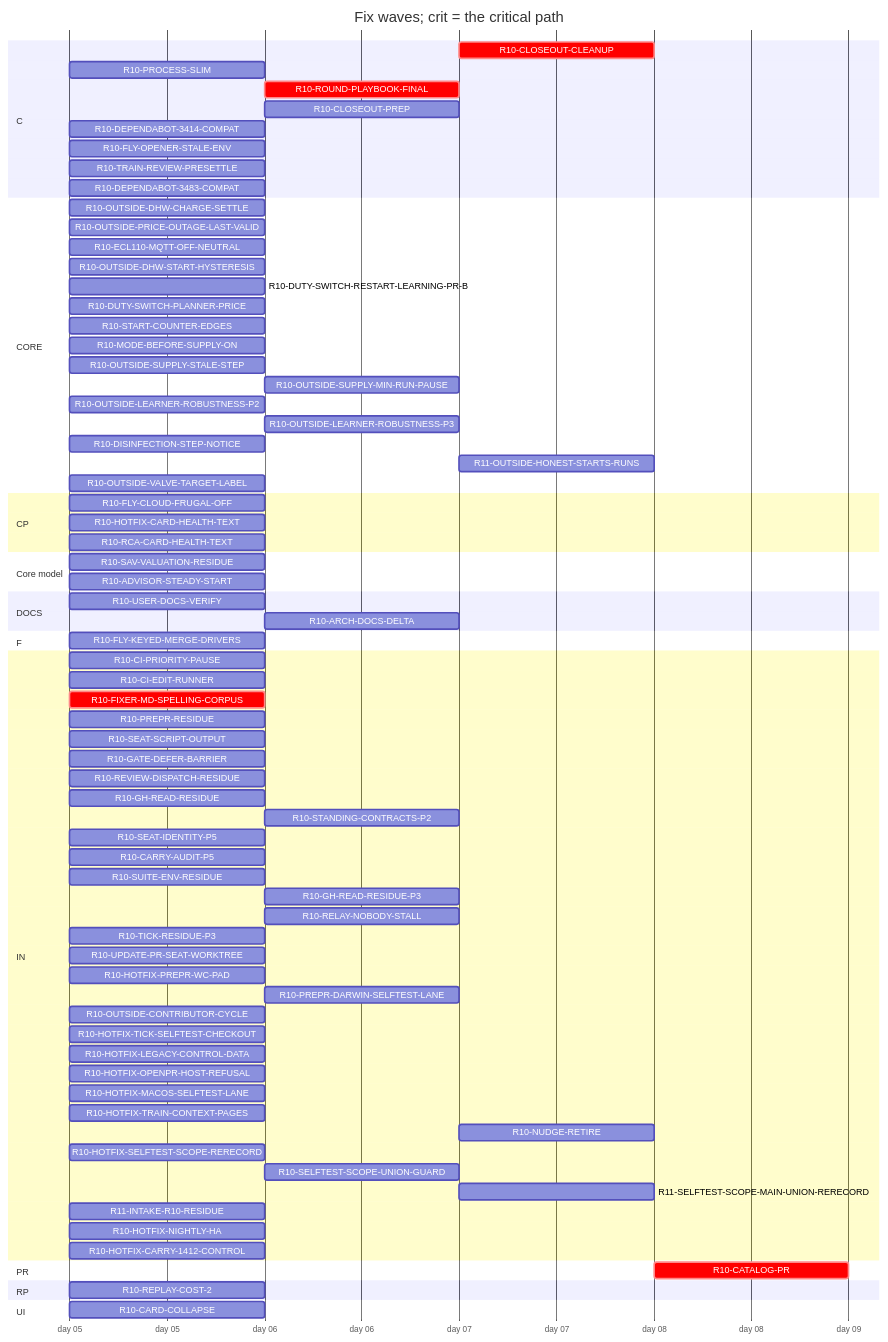
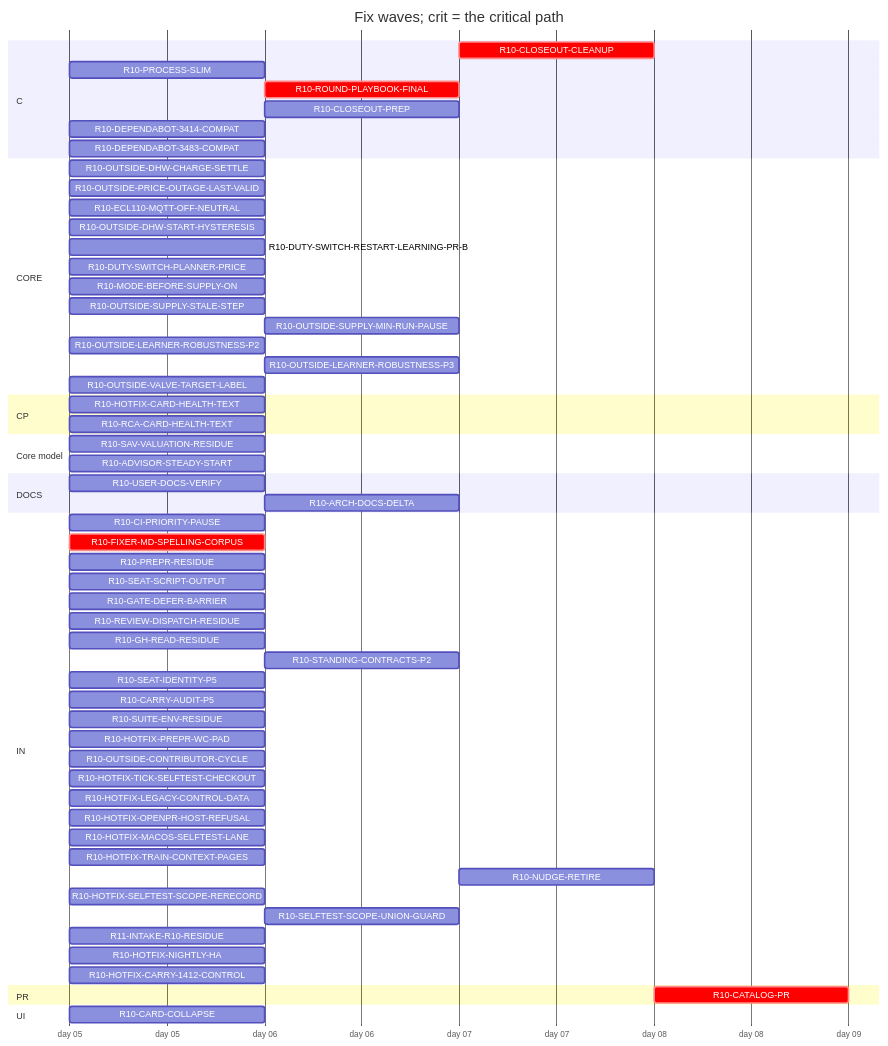
One commit to tvofi/heatpump_optimizer changed the diagram in handoff/round10/state/PLAN-TABLE.md. Above: the diagram before and after it, drawn with Mermaid. The commit also changed other lines of this file and 3 other files, not shown here.

Commit message:
state: FLOW-BOARD.md, NEXT-SESSION-PROMPT.md, PLAN-TABLE.md, RESUME-CURRENT.md regenerated (state_docs.py)

````diff
--- a/handoff/round10/state/PLAN-TABLE.md
+++ b/handoff/round10/state/PLAN-TABLE.md
@@ -23,81 +21,64 @@
 ```mermaid
 gantt
   title Fix waves; crit = the critical path
   dateFormat YYYY-MM-DD
   axisFormat day %d
   section C
     R10-CLOSEOUT-CLEANUP :crit, r10CLOSEOUTCLEANUP, after r10USERDOCSVERIFY r10ROUNDPLAYBOOKFINAL r10CLOSEOUTPREP r10ARCHDOCSDELTA, 1d
     R10-PROCESS-SLIM :r10PROCESSSLIM, 2026-01-05, 1d
     R10-ROUND-PLAYBOOK-FINAL :crit, r10ROUNDPLAYBOOKFINAL, after r10FIXERMDSPELLINGCORPUS, 1d
     R10-CLOSEOUT-PREP :r10CLOSEOUTPREP, after r10FIXERMDSPELLINGCORPUS, 1d
     R10-DEPENDABOT-3414-COMPAT :r10DEPENDABOT3414COMPAT, 2026-01-05, 1d
-    R10-FLY-OPENER-STALE-ENV :r10FLYOPENERSTALEENV, 2026-01-05, 1d
-    R10-TRAIN-REVIEW-PRESETTLE :r10TRAINREVIEWPRESETTLE, 2026-01-05, 1d
     R10-DEPENDABOT-3483-COMPAT :r10DEPENDABOT3483COMPAT, 2026-01-05, 1d
   section CORE
     R10-OUTSIDE-DHW-CHARGE-SETTLE :r10OUTSIDEDHWCHARGESETTLE, 2026-01-05, 1d
     R10-OUTSIDE-PRICE-OUTAGE-LAST-VALID :r10OUTSIDEPRICEOUTAGELASTVALID, 2026-01-05, 1d
     R10-ECL110-MQTT-OFF-NEUTRAL :r10ECL110MQTTOFFNEUTRAL, 2026-01-05, 1d
     R10-OUTSIDE-DHW-START-HYSTERESIS :r10OUTSIDEDHWSTARTHYSTERESIS, 2026-01-05, 1d
     R10-DUTY-SWITCH-RESTART-LEARNING-PR-B :r10DUTYSWITCHRESTARTLEARNINGPRB, 2026-01-05, 1d
     R10-DUTY-SWITCH-PLANNER-PRICE :r10DUTYSWITCHPLANNERPRICE, 2026-01-05, 1d
-    R10-START-COUNTER-EDGES :r10STARTCOUNTEREDGES, 2026-01-05, 1d
     R10-MODE-BEFORE-SUPPLY-ON :r10MODEBEFORESUPPLYON, 2026-01-05, 1d
     R10-OUTSIDE-SUPPLY-STALE-STEP :r10OUTSIDESUPPLYSTALESTEP, 2026-01-05, 1d
     R10-OUTSIDE-SUPPLY-MIN-RUN-PAUSE :r10OUTSIDESUPPLYMINRUNPAUSE, after r10OUTSIDESUPPLYSTALESTEP, 1d
     R10-OUTSIDE-LEARNER-ROBUSTNESS-P2 :r10OUTSIDELEARNERROBUSTNESSP2, 2026-01-05, 1d
     R10-OUTSIDE-LEARNER-ROBUSTNESS-P3 :r10OUTSIDELEARNERROBUSTNESSP3, after r10OUTSIDELEARNERROBUSTNESSP2, 1d
-    R10-DISINFECTION-STEP-NOTICE :r10DISINFECTIONSTEPNOTICE, 2026-01-05, 1d
-    R11-OUTSIDE-HONEST-STARTS-RUNS :r11OUTSIDEHONESTSTARTSRUNS, after r10DUTYSWITCHPLANNERPRICE r10OUTSIDEDHWSTARTHYSTERESIS r10OUTSIDESUPPLYMINRUNPAUSE r10ADVISORSTEADYSTART, 1d
     R10-OUTSIDE-VALVE-TARGET-LABEL :r10OUTSIDEVALVETARGETLABEL, 2026-01-05, 1d
   section CP
-    R10-FLY-CLOUD-FRUGAL-OFF :r10FLYCLOUDFRUGALOFF, 2026-01-05, 1d
     R10-HOTFIX-CARD-HEALTH-TEXT :r10HOTFIXCARDHEALTHTEXT, 2026-01-05, 1d
     R10-RCA-CARD-HEALTH-TEXT :r10RCACARDHEALTHTEXT, 2026-01-05, 1d
   section Core model
     R10-SAV-VALUATION-RESIDUE :r10SAVVALUATIONRESIDUE, 2026-01-05, 1d
     R10-ADVISOR-STEADY-START :r10ADVISORSTEADYSTART, 2026-01-05, 1d
   section DOCS
     R10-USER-DOCS-VERIFY :r10USERDOCSVERIFY, 2026-01-05, 1d
     R10-ARCH-DOCS-DELTA :r10ARCHDOCSDELTA, after r10SAVVALUATIONRESIDUE r10ADVISORSTEADYSTART r10PROCESSSLIM, 1d
-  section F
-    R10-FLY-KEYED-MERGE-DRIVERS :r10FLYKEYEDMERGEDRIVERS, 2026-01-05, 1d
   section IN
     R10-CI-PRIORITY-PAUSE :r10CIPRIORITYPAUSE, 2026-01-05, 1d
-    R10-CI-EDIT-RUNNER :r10CIEDITRUNNER, 2026-01-05, 1d
     R10-FIXER-MD-SPELLING-CORPUS :crit, r10FIXERMDSPELLINGCORPUS, 2026-01-05, 1d
     R10-PREPR-RESIDUE :r10PREPRRESIDUE, 2026-01-05, 1d
     R10-SEAT-SCRIPT-OUTPUT :r10SEATSCRIPTOUTPUT, 2026-01-05, 1d
     R10-GATE-DEFER-BARRIER :r10GATEDEFERBARRIER, 2026-01-05, 1d
     R10-REVIEW-DISPATCH-RESIDUE :r10REVIEWDISPATCHRESIDUE, 2026-01-05, 1d
     R10-GH-READ-RESIDUE :r10GHREADRESIDUE, 2026-01-05, 1d
     R10-STANDING-CONTRACTS-P2 :r10STANDINGCONTRACTSP2, after r10FIXERMDSPELLINGCORPUS, 1d
     R10-SEAT-IDENTITY-P5 :r10SEATIDENTITYP5, 2026-01-05, 1d
     R10-CARRY-AUDIT-P5 :r10CARRYAUDITP5, 2026-01-05, 1d
     R10-SUITE-ENV-RESIDUE :r10SUITEENVRESIDUE, 2026-01-05, 1d
-    R10-GH-READ-RESIDUE-P3 :r10GHREADRESIDUEP3, after r10GHREADRESIDUE, 1d
-    R10-RELAY-NOBODY-STALL :r10RELAYNOBODYSTALL, after r10REVIEWDISPATCHRESIDUE, 1d
-    R10-TICK-RESIDUE-P3 :r10TICKRESIDUEP3, 2026-01-05, 1d
-    R10-UPDATE-PR-SEAT-WORKTREE :r10UPDATEPRSEATWORKTREE, 2026-01-05, 1d
     R10-HOTFIX-PREPR-WC-PAD :r10HOTFIXPREPRWCPAD, 2026-01-05, 1d
-    R10-PREPR-DARWIN-SELFTEST-LANE :r10PREPRDARWINSELFTESTLANE, after r10HOTFIXPREPRWCPAD, 1d
     R10-OUTSIDE-CONTRIBUTOR-CYCLE :r10OUTSIDECONTRIBUTORCYCLE, 2026-01-05, 1d
     R10-HOTFIX-TICK-SELFTEST-CHECKOUT :r10HOTFIXTICKSELFTESTCHECKOUT, 2026-01-05, 1d
     R10-HOTFIX-LEGACY-CONTROL-DATA :r10HOTFIXLEGACYCONTROLDATA, 2026-01-05, 1d
     R10-HOTFIX-OPENPR-HOST-REFUSAL :r10HOTFIXOPENPRHOSTREFUSAL, 2026-01-05, 1d
     R10-HOTFIX-MACOS-SELFTEST-LANE :r10HOTFIXMACOSSELFTESTLANE, 2026-01-05, 1d
     R10-HOTFIX-TRAIN-CONTEXT-PAGES :r10HOTFIXTRAINCONTEXTPAGES, 2026-01-05, 1d
     R10-NUDGE-RETIRE :r10NUDGERETIRE, after r10ROUNDPLAYBOOKFINAL, 1d
     R10-HOTFIX-SELFTEST-SCOPE-RERECORD :r10HOTFIXSELFTESTSCOPERERECORD, 2026-01-05, 1d
     R10-SELFTEST-SCOPE-UNION-GUARD :r10SELFTESTSCOPEUNIONGUARD, after r10HOTFIXSELFTESTSCOPERERECORD, 1d
-    R11-SELFTEST-SCOPE-MAIN-UNION-RERECORD :r11SELFTESTSCOPEMAINUNIONRERECORD, after r10SELFTESTSCOPEUNIONGUARD, 1d
     R11-INTAKE-R10-RESIDUE :r11INTAKER10RESIDUE, 2026-01-05, 1d
     R10-HOTFIX-NIGHTLY-HA :r10HOTFIXNIGHTLYHA, 2026-01-05, 1d
     R10-HOTFIX-CARRY-1412-CONTROL :r10HOTFIXCARRY1412CONTROL, 2026-01-05, 1d
   section PR
     R10-CATALOG-PR :crit, r10CATALOGPR, after r10USERDOCSVERIFY r10ROUNDPLAYBOOKFINAL r10CLOSEOUTCLEANUP r10CLOSEOUTPREP r10ARCHDOCSDELTA, 1d
-  section RP
-    R10-REPLAY-COST-2 :r10REPLAYCOST2, 2026-01-05, 1d
   section UI
     R10-CARD-COLLAPSE :r10CARDCOLLAPSE, 2026-01-05, 1d
 ```
````
